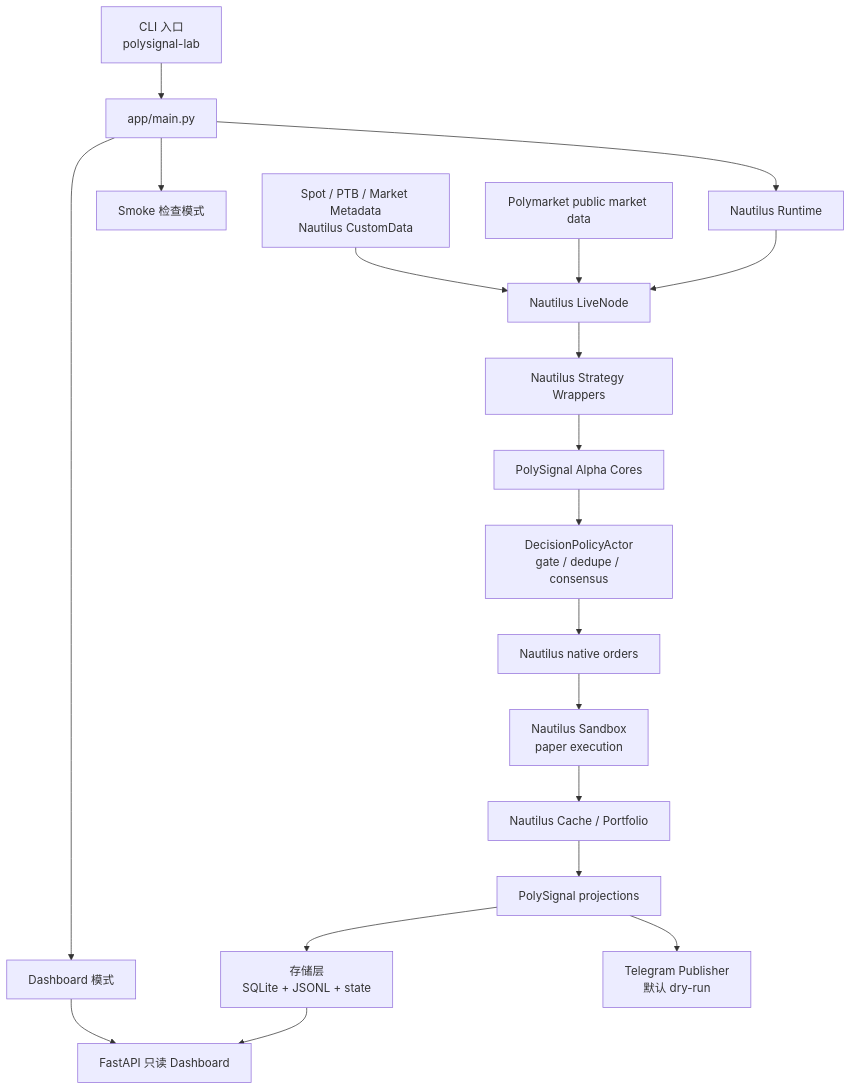
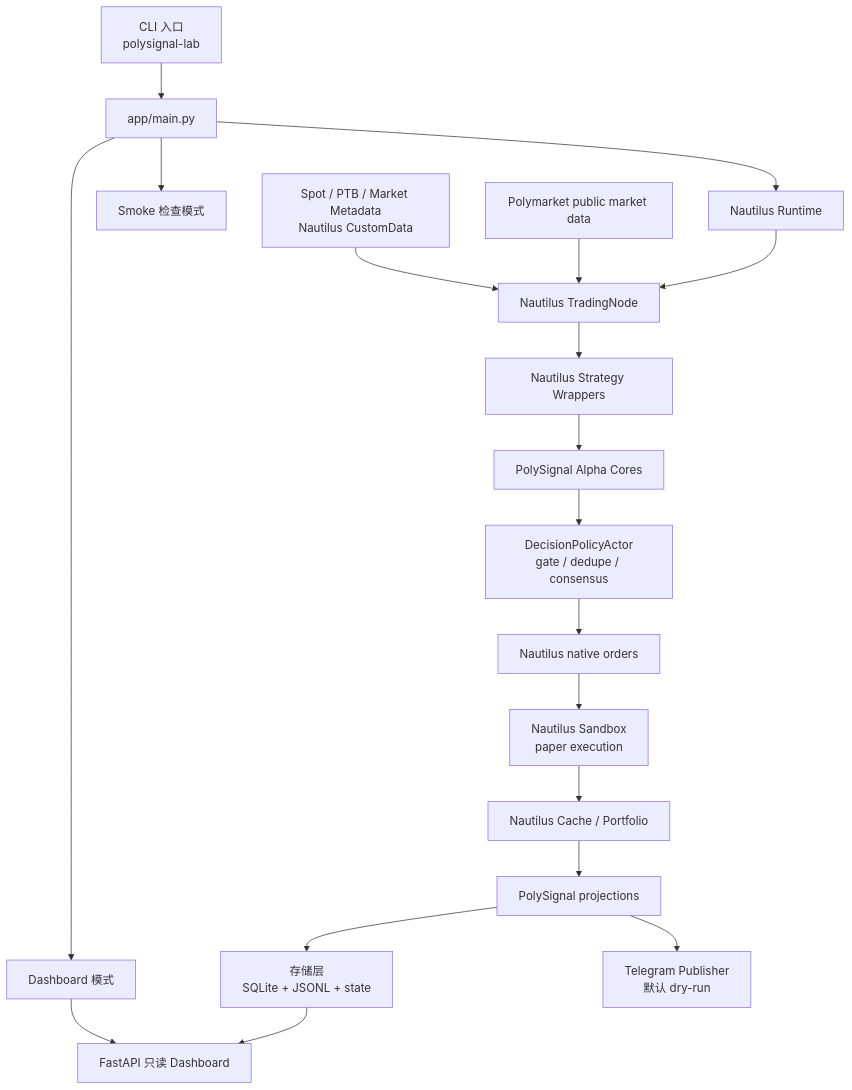
The first of 7 diagrams in docs/PROJECT_ARCHITECTURE_VISUAL.md (6Kmfi6HP/polysignal-lab), drawn with Mermaid before and after one commit. The commit also changed other lines of this file and 298 other files, not shown here.

````diff
--- a/docs/PROJECT_ARCHITECTURE_VISUAL.md
+++ b/docs/PROJECT_ARCHITECTURE_VISUAL.md
@@ -12,25 +12,25 @@
 ```mermaid
 flowchart TB
   CLI["CLI 入口<br/>polysignal-lab"] --> Main["app/main.py"]
 
   Main --> Nautilus["Nautilus Runtime"]
   Main --> Dashboard["Dashboard 模式"]
   Main --> Smoke["Smoke 检查模式"]
 
-  Nautilus --> TN["Nautilus LiveNode"]
+  Nautilus --> TN["Nautilus TradingNode"]
   PM["Polymarket public market data"] --> TN
   CustomData["Spot / PTB / Market Metadata<br/>Nautilus CustomData"] --> TN
 
   TN --> Strategies["Nautilus Strategy Wrappers"]
   Strategies --> Alpha["PolySignal Alpha Cores"]
   Alpha --> Policy["DecisionPolicyActor<br/>gate / dedupe / consensus"]
   Policy --> Orders["Nautilus native orders"]
   Orders --> Sandbox["Nautilus Sandbox<br/>paper execution"]
   Sandbox --> Cache["Nautilus Cache / Portfolio"]
 
   Cache --> Projection["PolySignal projections"]
   Projection --> Store["存储层<br/>SQLite + JSONL + state"]
   Projection --> Telegram["Telegram Publisher<br/>默认 dry-run"]
   Store --> DashboardApp["FastAPI 只读 Dashboard"]
   Dashboard --> DashboardApp
 ```
````
